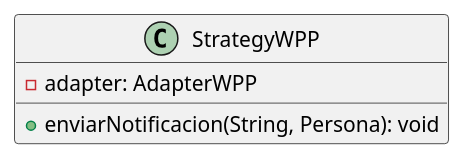
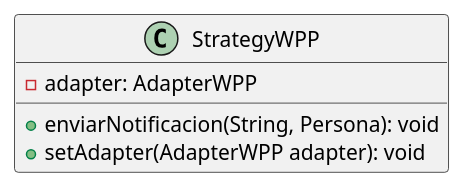
The diagram in DC/E3/notificaciones/wpp/StrategyWPP.puml (mbertogliati/dds-tpa), drawn with PlantUML before and after one commit. The commit also changed 4 other files, not shown here.

Commit message:
Modifico diagrama de notificador

```diff
--- a/DC/E3/notificaciones/wpp/StrategyWPP.puml
+++ b/DC/E3/notificaciones/wpp/StrategyWPP.puml
@@ -1,9 +1,10 @@
 @startuml
 'https://plantuml.com/class-diagram
 
 class StrategyWPP {
   - adapter: AdapterWPP
   + enviarNotificacion(String, Persona): void
+  + setAdapter(AdapterWPP adapter): void
 }
 
 @enduml
```
